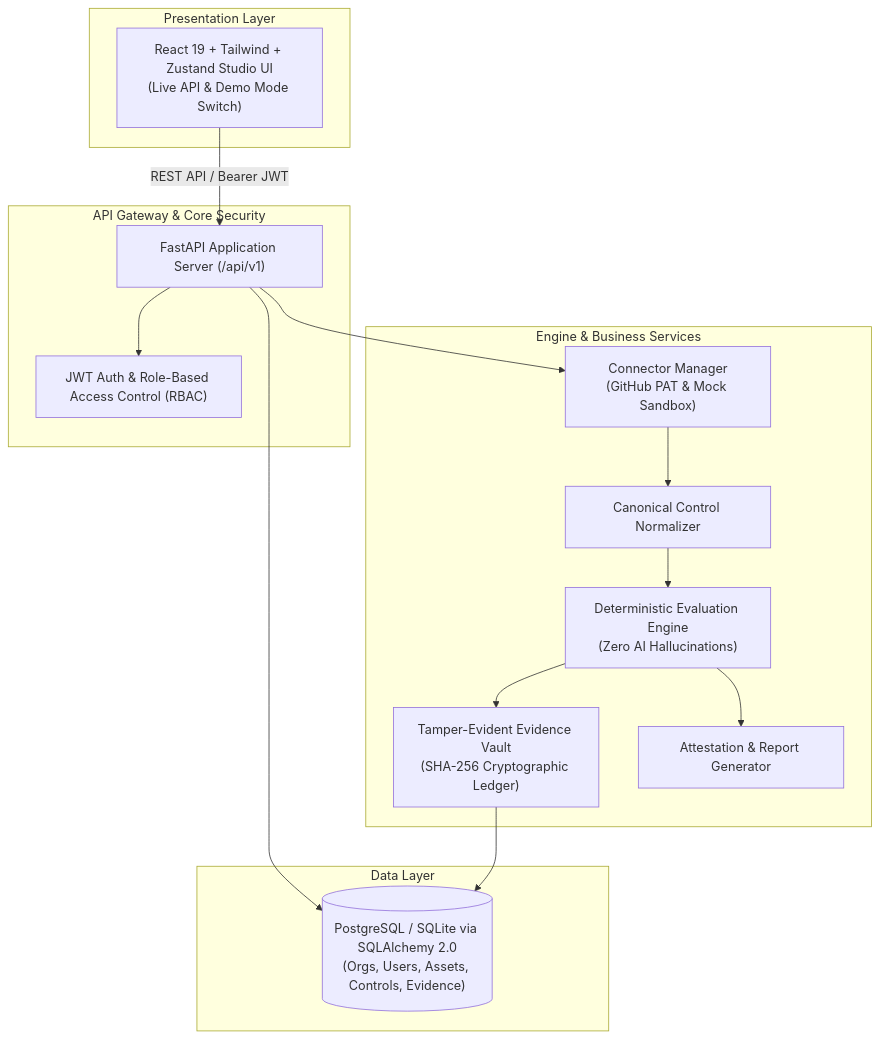
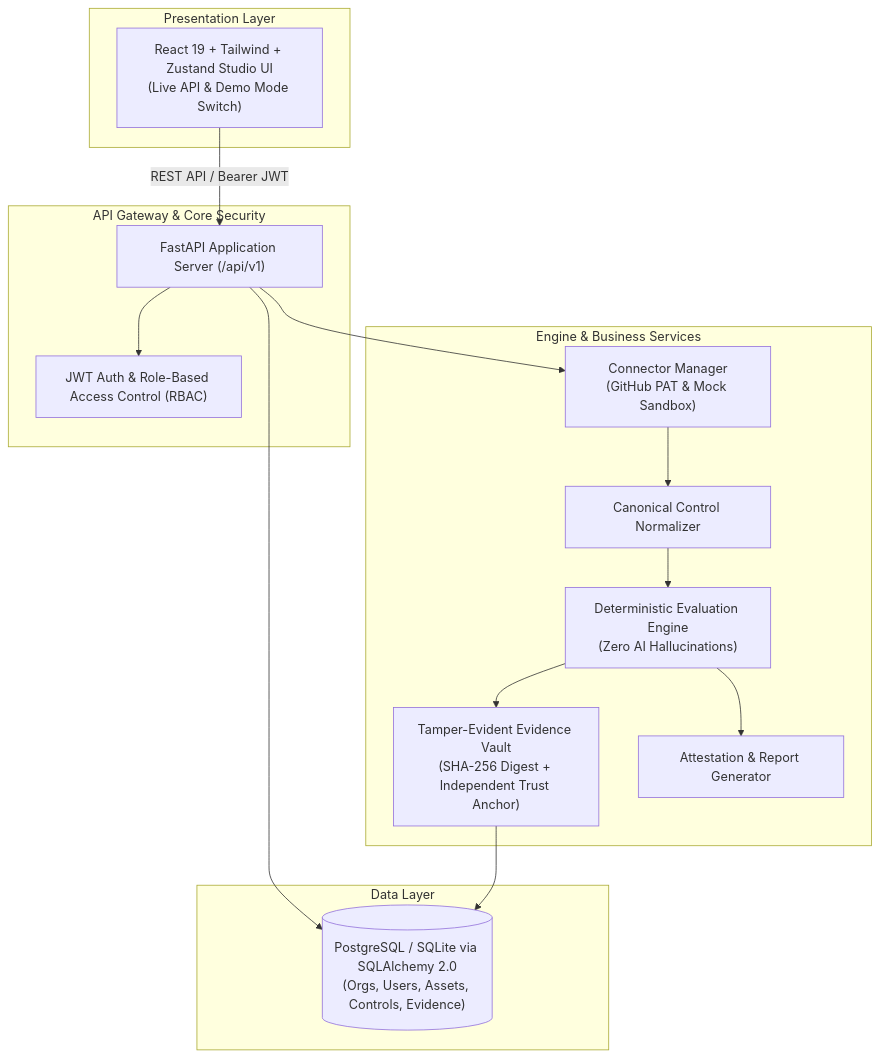
The diagram in README.md (kab5DeR4/grc-engine), drawn with Mermaid before and after one commit. The commit also changed other lines of this file, not shown here.

Commit message:
docs(readme): polish evidence vault architecture and sample data descriptions

````diff
--- a/README.md
+++ b/README.md
@@ -43,33 +43,33 @@
 ```mermaid
 flowchart TD
     subgraph Presentation ["Presentation Layer"]
         UI["React 19 + Tailwind + Zustand Studio UI<br/>(Live API & Demo Mode Switch)"]
     end
 
     subgraph Gateway ["API Gateway & Core Security"]
         API["FastAPI Application Server (/api/v1)"]
         JWT["JWT Auth & Role-Based Access Control (RBAC)"]
     end
 
     subgraph Engine ["Engine & Business Services"]
         INGEST["Connector Manager<br/>(GitHub PAT & Mock Sandbox)"]
         NORM["Canonical Control Normalizer"]
         EVAL["Deterministic Evaluation Engine<br/>(Zero AI Hallucinations)"]
-        VAULT["Tamper-Evident Evidence Vault<br/>(SHA-256 Cryptographic Ledger)"]
+        VAULT["Tamper-Evident Evidence Vault<br/>(SHA-256 Digest + Independent Trust Anchor)"]
         REPORT["Attestation & Report Generator"]
     end
 
     subgraph Data ["Data Layer"]
         DB[("PostgreSQL / SQLite via SQLAlchemy 2.0<br/>(Orgs, Users, Assets, Controls, Evidence)")]
     end
 
     UI -->|REST API / Bearer JWT| API
     API --> JWT
     API --> INGEST
     INGEST --> NORM
     NORM --> EVAL
     EVAL --> VAULT
     EVAL --> REPORT
     API --> DB
     VAULT --> DB
 ```
````
